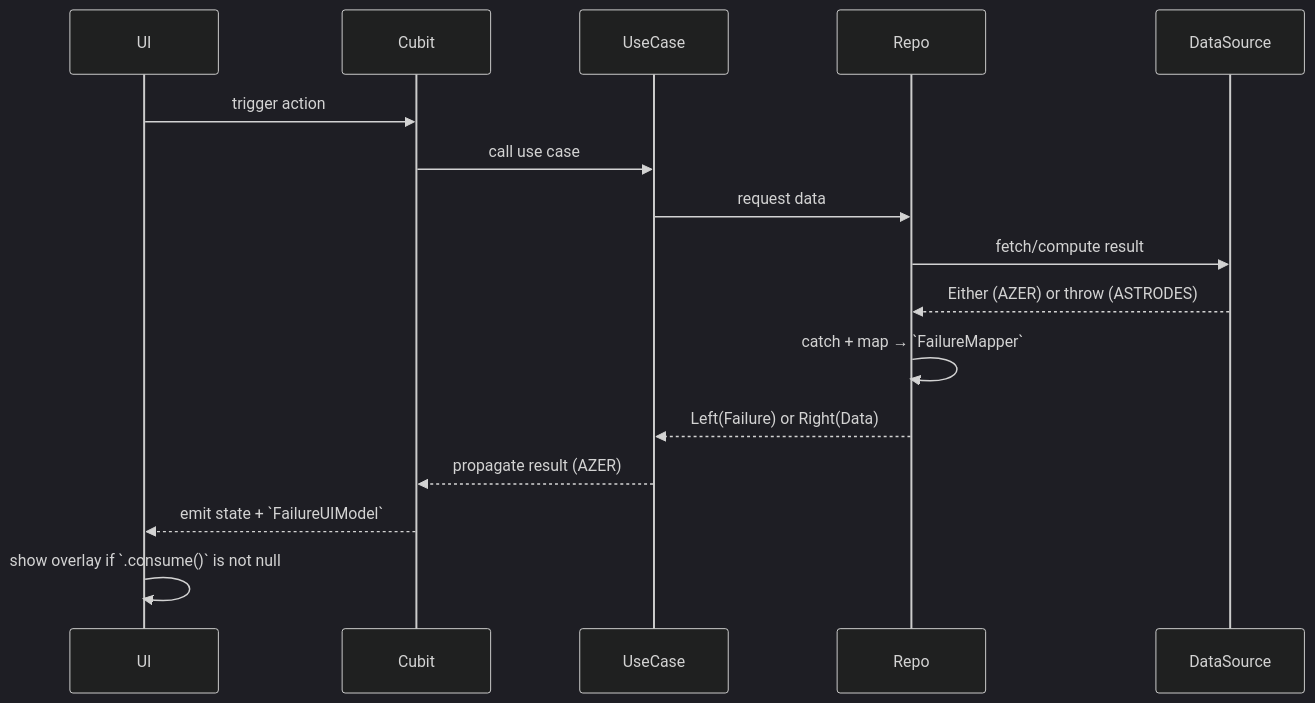
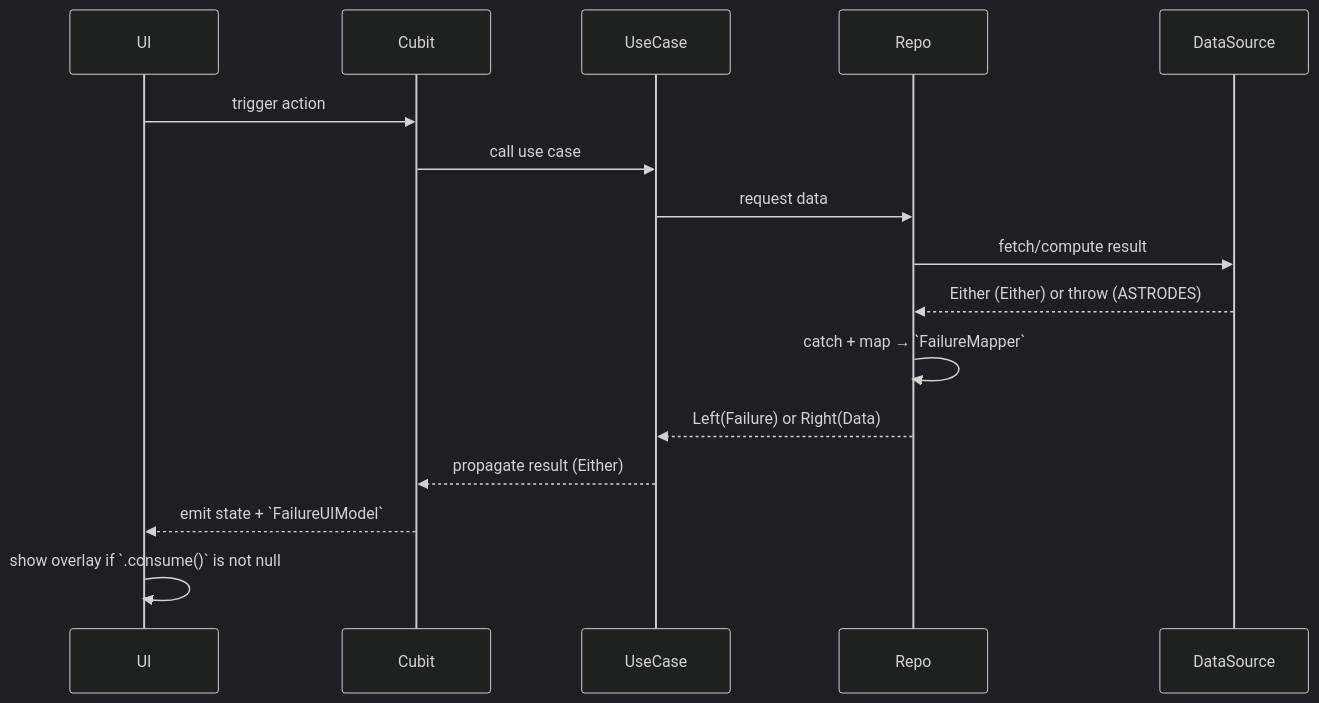
The diagram in lib/core/shared_modules/errors_handling/Errors handling FLOW.md (RamanGodun/Firebase-with-riverpod), drawn with Mermaid (dark theme) before and after one commit. The commit also changed other lines of this file and 45 other files, not shown here.

````diff
--- a/lib/core/shared_modules/errors_handling/Errors handling FLOW.md
+++ b/lib/core/shared_modules/errors_handling/Errors handling FLOW.md
@@ -148,19 +148,19 @@
 ```mermaid
 sequenceDiagram
     participant UI
     participant Cubit
     participant UseCase
     participant Repo
     participant DataSource
 
     UI->>Cubit: trigger action
     Cubit->>UseCase: call use case
     UseCase->>Repo: request data
     Repo->>DataSource: fetch/compute result
-    DataSource-->>Repo: Either (AZER) or throw (ASTRODES)
+    DataSource-->>Repo: Either (Either) or throw (ASTRODES)
     Repo->>Repo: catch + map → `FailureMapper`
     Repo-->>UseCase: Left(Failure) or Right(Data)
-    UseCase-->>Cubit: propagate result (AZER)
+    UseCase-->>Cubit: propagate result (Either)
     Cubit-->>UI: emit state + `FailureUIModel`
     UI->>UI: show overlay if `.consume()` is not null
 ```
````
